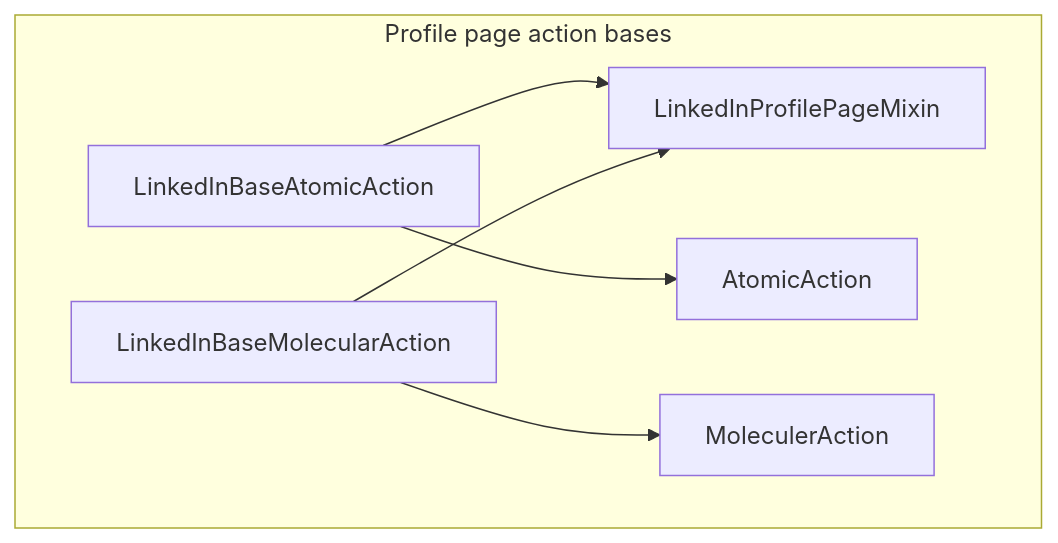
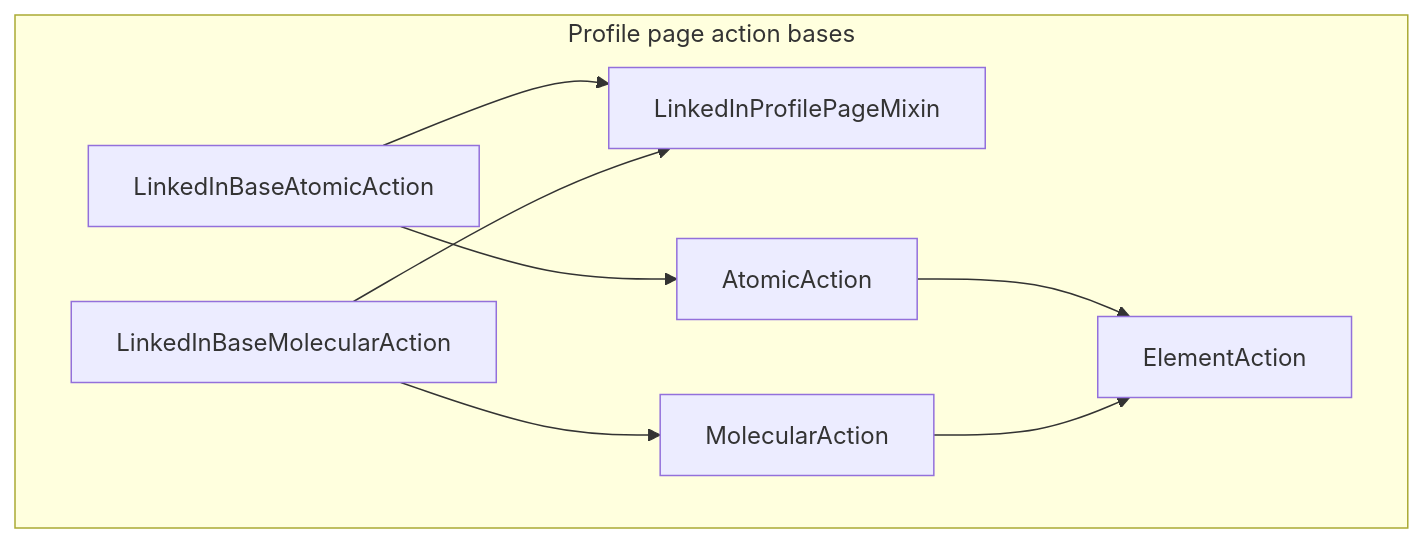
One commit to Roshan-yadav-evil-genius/Linkedin-MCP-Server changed the second of 2 diagrams in CoreArchitecture.md. Above: the diagram before and after it, drawn with Mermaid. The commit also changed other lines of this file and 5 other files, not shown here.

````diff
--- a/CoreArchitecture.md
+++ b/CoreArchitecture.md
@@ -138,14 +143,17 @@
 ```mermaid
 flowchart TB
     subgraph bases [Profile page action bases]
         M[LinkedInProfilePageMixin]
         BA[LinkedInBaseAtomicAction]
         BM[LinkedInBaseMolecularAction]
+        E[ElementAction]
         A[AtomicAction]
-        Mol[MoleculerAction]
+        Mol[MolecularAction]
     end
     BA --> M
     BA --> A
+    A --> E
     BM --> M
     BM --> Mol
+    Mol --> E
 ```
````
